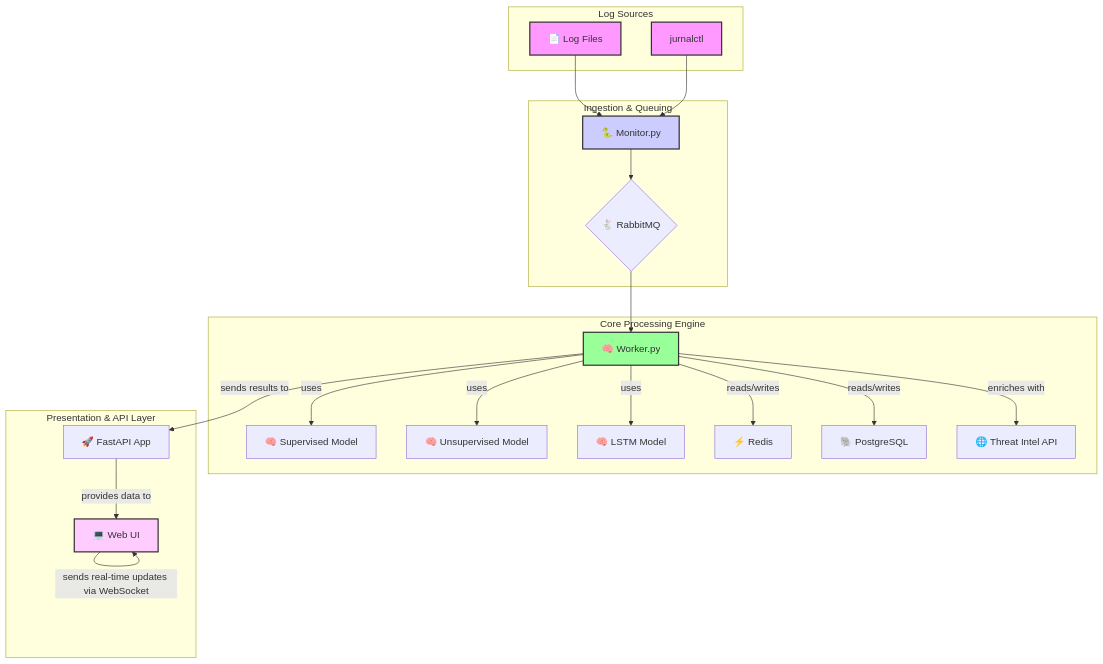
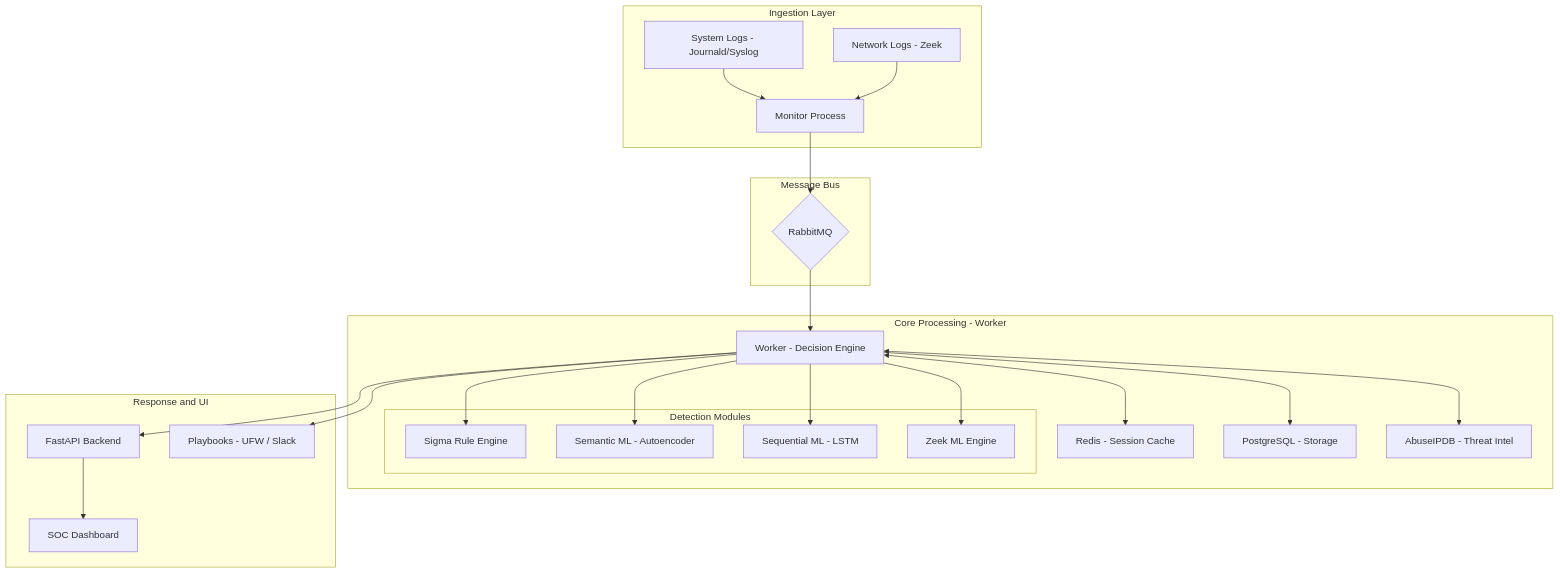
The diagram in README.md (cyberRKSha/LogRKSha), drawn with Mermaid before and after one commit. The commit also changed other lines of this file and 125 other files, not shown here.

````diff
--- a/README.md
+++ b/README.md
@@ -50,45 +65,51 @@
 ```mermaid
 graph TD
-    subgraph "Log Sources"
-        A[📄 Log Files]
-        B[ jurnalctl]
+    subgraph "Ingestion Layer"
+        A[System Logs - Journald/Syslog]
+        B[Network Logs - Zeek]
+        C[Monitor Process]
     end
 
-    subgraph "Ingestion & Queuing"
-        C[🐍 Monitor.py] --> D{🐇 RabbitMQ};
+    subgraph "Message Bus"
+        D{RabbitMQ}
     end
 
-    subgraph "Core Processing Engine"
-        E[🧠 Worker.py];
-        F[🧠 Supervised Model];
-        G[🧠 Unsupervised Model];
-        H[🧠 LSTM Model];
-        I[⚡ Redis];
-        J[🐘 PostgreSQL];
-        K[🌐 Threat Intel API];
+    subgraph "Core Processing - Worker"
+        E[Worker - Decision Engine]
+
+        subgraph "Detection Modules"
+            F[Sigma Rule Engine]
+            G[Semantic ML - Autoencoder]
+            H[Sequential ML - LSTM]
+            Z[Zeek ML Engine]
+        end
+
+        I[Redis - Session Cache]
+        J[PostgreSQL - Storage]
+        K[AbuseIPDB - Threat Intel]
     end
 
-    subgraph "Presentation & API Layer"
-        L[🚀 FastAPI App];
-        M[💻 Web UI];
+    subgraph "Response and UI"
+        L[FastAPI Backend]
+        M[SOC Dashboard]
+        N[Playbooks - UFW / Slack]
     end
 
-    A --> C;
-    B --> C;
-    D --> E;
-    E -- uses --> F;
-    E -- uses --> G;
-    E -- uses --> H;
-    E -- reads/writes --> I;
-    E -- reads/writes --> J;
-    E -- enriches with --> K;
-    E -- sends results to --> L;
-    L -- provides data to --> M;
-    M -- sends real-time updates via WebSocket --> M;
+    A --> C
+    B --> C
+    C --> D
+    D --> E
 
-    style A fill:#f9f,stroke:#333,stroke-width:2px
-    style B fill:#f9f,stroke:#333,stroke-width:2px
-    style C fill:#ccf,stroke:#333,stroke-width:2px
-    style E fill:#9f9,stroke:#333,stroke-width:2px
-    style M fill:#fcf,stroke:#333,stroke-width:2px
+    E --> F
+    E --> G
+    E --> H
+    E --> Z
+
+    E <--> I
+    E --> J
+    E <--> K
+
+    E --> L
+    L --> M
+    E --> N
 ```
````
